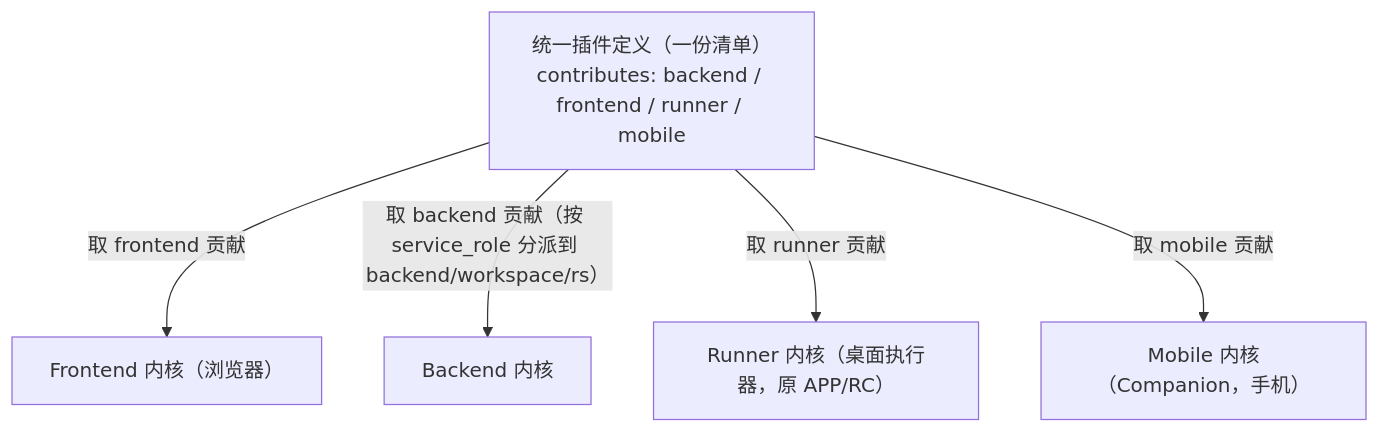
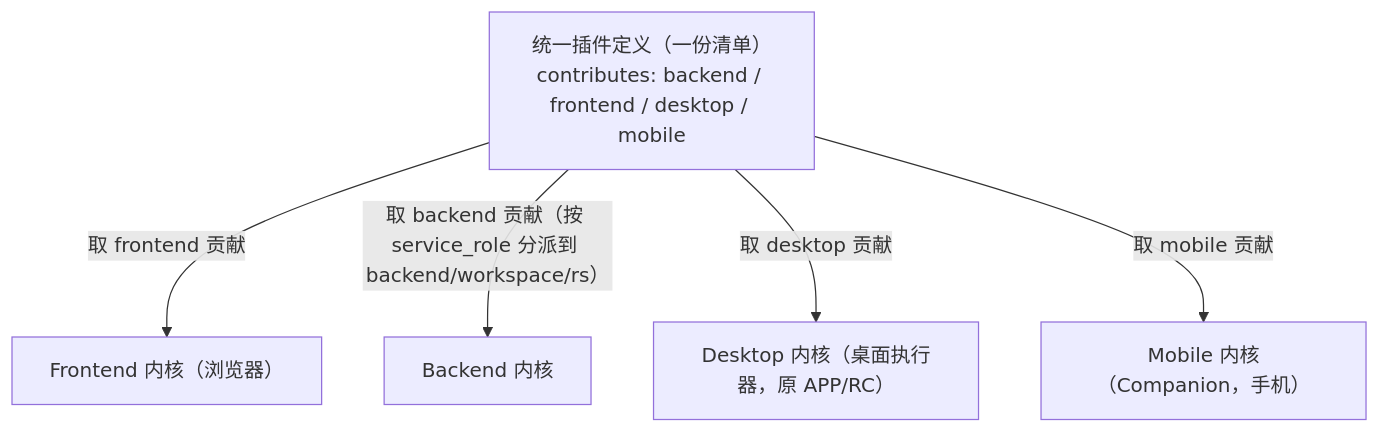
Before and after one commit to yandt/VastPlan: the first of 3 diagrams in docs/dev/architecture/插件契约与协议.md, drawn with Mermaid. The commit also changed other lines of this file and 137 other files, not shown here.

First line of the commit message:
refactor(kernel): rename runner kernel to desktop

````diff
--- a/docs/dev/architecture/插件契约与协议.md
+++ b/docs/dev/architecture/插件契约与协议.md
@@ -14,8 +14,8 @@
 ```mermaid
 flowchart TB
-  M["统一插件定义（一份清单）<br/>contributes: backend / frontend / runner / mobile"]
+  M["统一插件定义（一份清单）<br/>contributes: backend / frontend / desktop / mobile"]
   M -->|取 frontend 贡献| WK["Frontend 内核（浏览器）"]
   M -->|取 backend 贡献（按 service_role 分派到 backend/workspace/rs）| BK["Backend 内核"]
-  M -->|取 runner 贡献| RK["Runner 内核（桌面执行器，原 APP/RC）"]
+  M -->|取 desktop 贡献| RK["Desktop 内核（桌面执行器，原 APP/RC）"]
   M -->|取 mobile 贡献| MK["Mobile 内核（Companion，手机）"]
 ```
````
